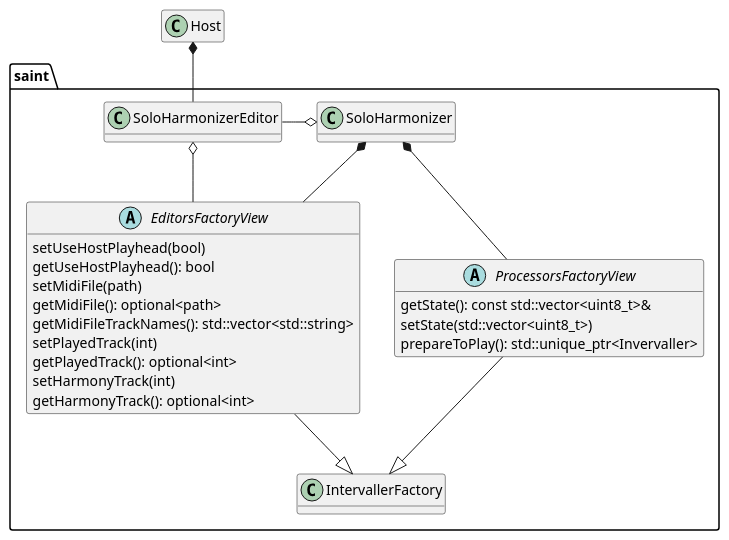
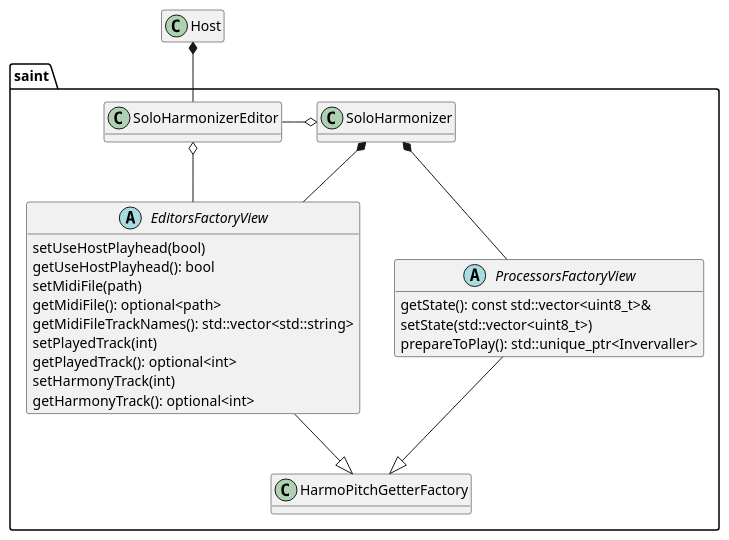
One commit to saintmatthieu/solo-harmonizer changed the diagram in _doc/class-diagram.puml. Above: the diagram before and after it, drawn with PlantUML. The commit also changed 15 other files, not shown here.

```diff
--- a/_doc/class-diagram.puml
+++ b/_doc/class-diagram.puml
@@ -1,48 +1,48 @@
 @startuml
 
 hide fields
 hide Host methods
 hide saint.SoloHarmonizer methods
 hide saint.SoloHarmonizerEditor methods
-hide saint.IntervallerFactory methods
+hide saint.HarmoPitchGetterFactory methods
 
 class Host
 
 namespace saint {
 class SoloHarmonizer
 class SoloHarmonizerEditor
 
 abstract class EditorsFactoryView {
   setUseHostPlayhead(bool)
   getUseHostPlayhead(): bool
   setMidiFile(path)
   getMidiFile(): optional<path>
   getMidiFileTrackNames(): std::vector<std::string>
   setPlayedTrack(int)
   getPlayedTrack(): optional<int>
   setHarmonyTrack(int)
   getHarmonyTrack(): optional<int>
 }
 
 abstract class ProcessorsFactoryView {
   getState(): const std::vector<uint8_t>&
   setState(std::vector<uint8_t>)
   prepareToPlay(): std::unique_ptr<Invervaller>
 }
 
-class IntervallerFactory
+class HarmoPitchGetterFactory
 
 SoloHarmonizerEditor -o SoloHarmonizer
 SoloHarmonizer *-- ProcessorsFactoryView
 SoloHarmonizer *-- EditorsFactoryView
 SoloHarmonizerEditor o-- EditorsFactoryView
 
-EditorsFactoryView --|> IntervallerFactory
-ProcessorsFactoryView --|> IntervallerFactory
+EditorsFactoryView --|> HarmoPitchGetterFactory
+ProcessorsFactoryView --|> HarmoPitchGetterFactory
 
 
 }
 
 Host *-- saint.SoloHarmonizerEditor
 
 @enduml
```
